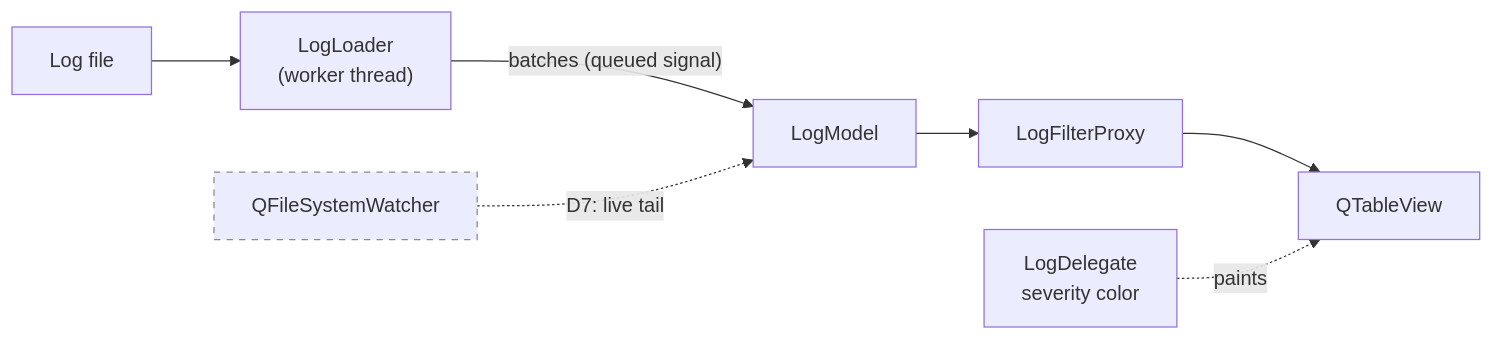
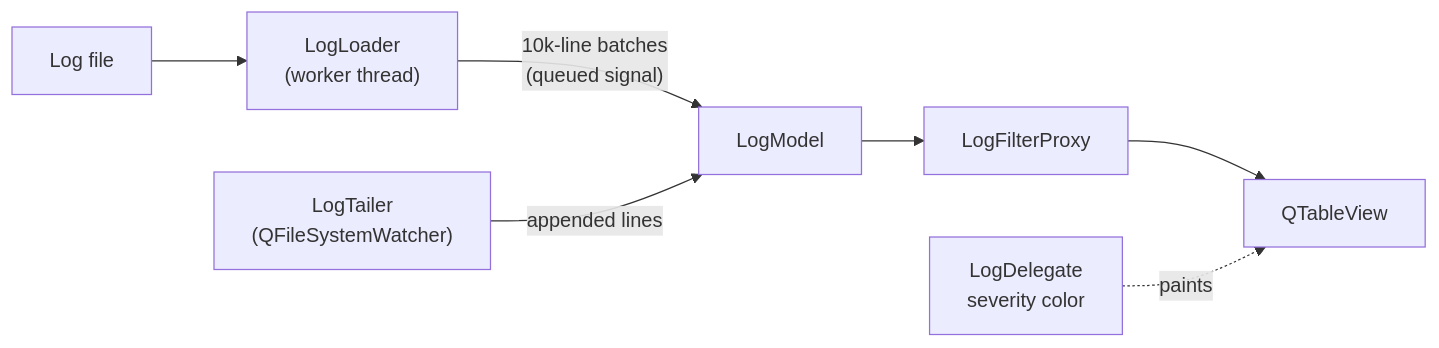
Before and after one commit to MvpBruce/LogLens: the second of 2 diagrams in README.md, drawn with Mermaid. The commit also changed other lines of this file and 3 other files, not shown here.

````diff
--- a/README.md
+++ b/README.md
@@ -131,13 +131,9 @@
 ```mermaid
 flowchart LR
     F[Log file] --> L["LogLoader<br/>(worker thread)"]
-    L -- "batches (queued signal)" --> M[LogModel]
+    L -- "10k-line batches<br/>(queued signal)" --> M[LogModel]
+    T["LogTailer<br/>(QFileSystemWatcher)"] -- "appended lines" --> M
     M --> P[LogFilterProxy]
     P --> V[QTableView]
     D[LogDelegate<br/>severity color] -. paints .-> V
-
-    FW[QFileSystemWatcher]:::planned
-    FW -. "D7: live tail" .-> M
-
-    classDef planned stroke-dasharray: 5 5,stroke:#888;
 ```
````
